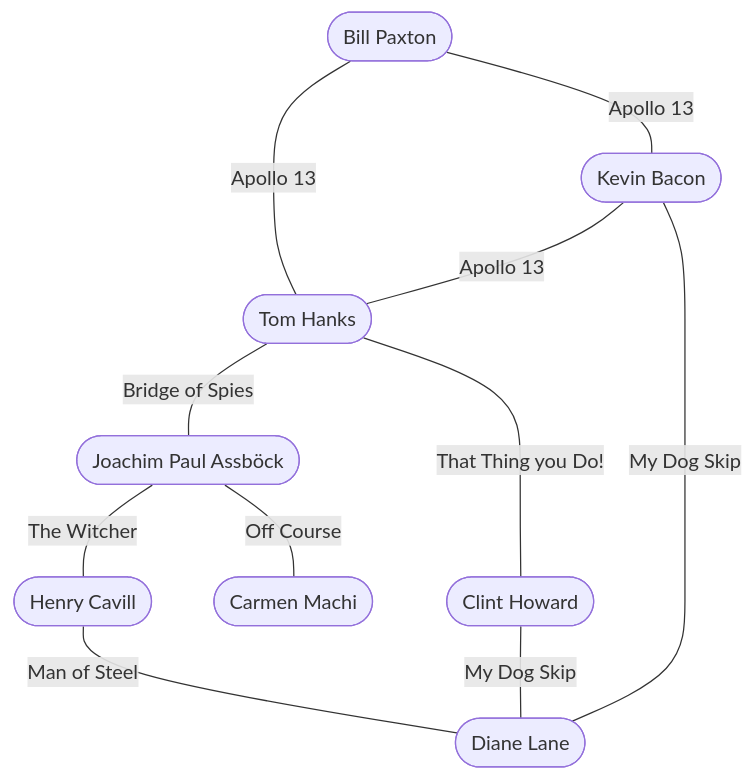
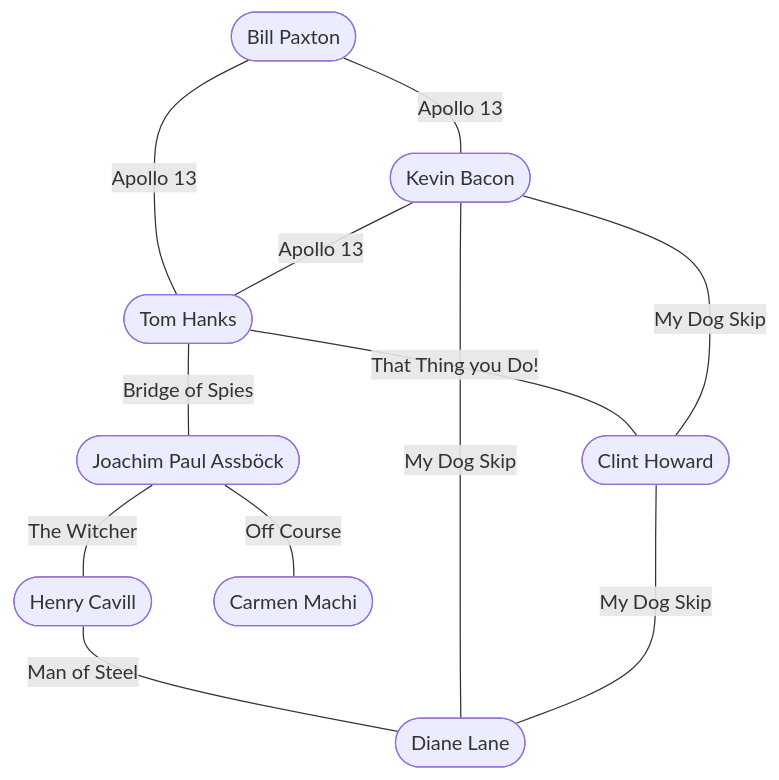
One commit to adsw-upm/asdw-practicas-publico changed the first of 2 diagrams in adsw-practica-2/README.md. Above: the diagram before and after it, drawn with Mermaid.

````diff
--- a/adsw-practica-2/README.md
+++ b/adsw-practica-2/README.md
@@ -53,13 +53,14 @@
 ```mermaid
 graph TD
 BP([Bill Paxton]) -- Apollo 13 --- TH([Tom Hanks])
 KB([Kevin Bacon]) -- Apollo 13 --- TH
 BP -- Apollo 13 --- KB
 TH -- Bridge of Spies --- JPA([Joachim Paul Assböck])
 JPA -- The Witcher --- HC([Henry Cavill])
 JPA -- Off Course --- CM([Carmen Machi])
 HC -- Man of Steel --- DL([Diane Lane])
 KB -- My Dog Skip --- DL([Diane Lane])
 TH -- That Thing you Do! --- CH([Clint Howard])
+KB -- My Dog Skip --- CH
 CH -- My Dog Skip --- DL
 ```
````
